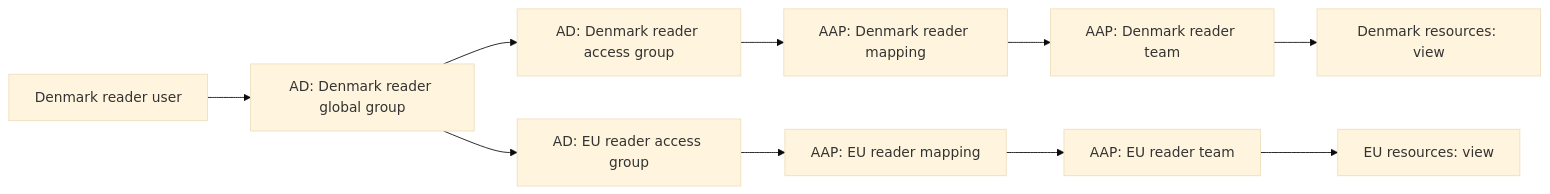
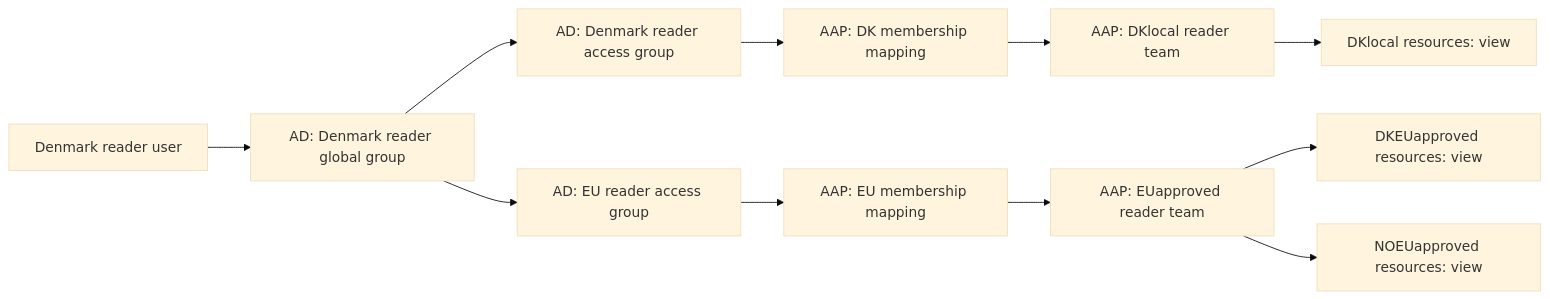
One commit to kvegh/disconnected-windows-patching changed the diagram in docs/active-directory-demo-guide.md. Above: the diagram before and after it, drawn with Mermaid (base theme). The commit also changed other lines of this file and 13 other files, not shown here.

````diff
--- a/docs/active-directory-demo-guide.md
+++ b/docs/active-directory-demo-guide.md
@@ -38,12 +80,13 @@
 ```mermaid
 flowchart LR
     U[Denmark reader user] --> G[AD: Denmark reader global group]
     G --> D[AD: Denmark reader access group]
     G --> E[AD: EU reader access group]
-    D --> M1[AAP: Denmark reader mapping]
-    E --> M2[AAP: EU reader mapping]
-    M1 --> T1[AAP: Denmark reader team]
-    M2 --> T2[AAP: EU reader team]
-    T1 --> R1[Denmark resources: view]
-    T2 --> R2[EU resources: view]
+    D --> M1[AAP: DK membership mapping]
+    E --> M2[AAP: EU membership mapping]
+    M1 --> T1[AAP: DKlocal reader team]
+    M2 --> T2[AAP: EUapproved reader team]
+    T1 --> R1[DKlocal resources: view]
+    T2 --> R2[DKEUapproved resources: view]
+    T2 --> R3[NOEUapproved resources: view]
 ```
````
